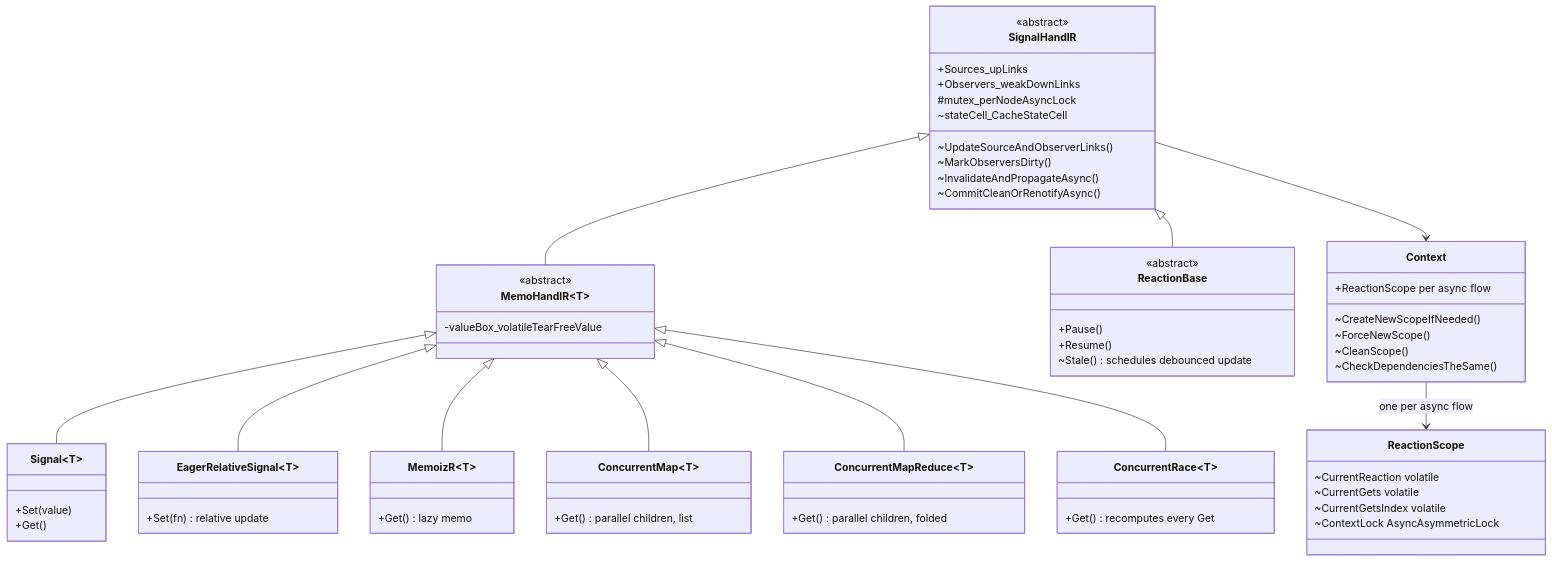
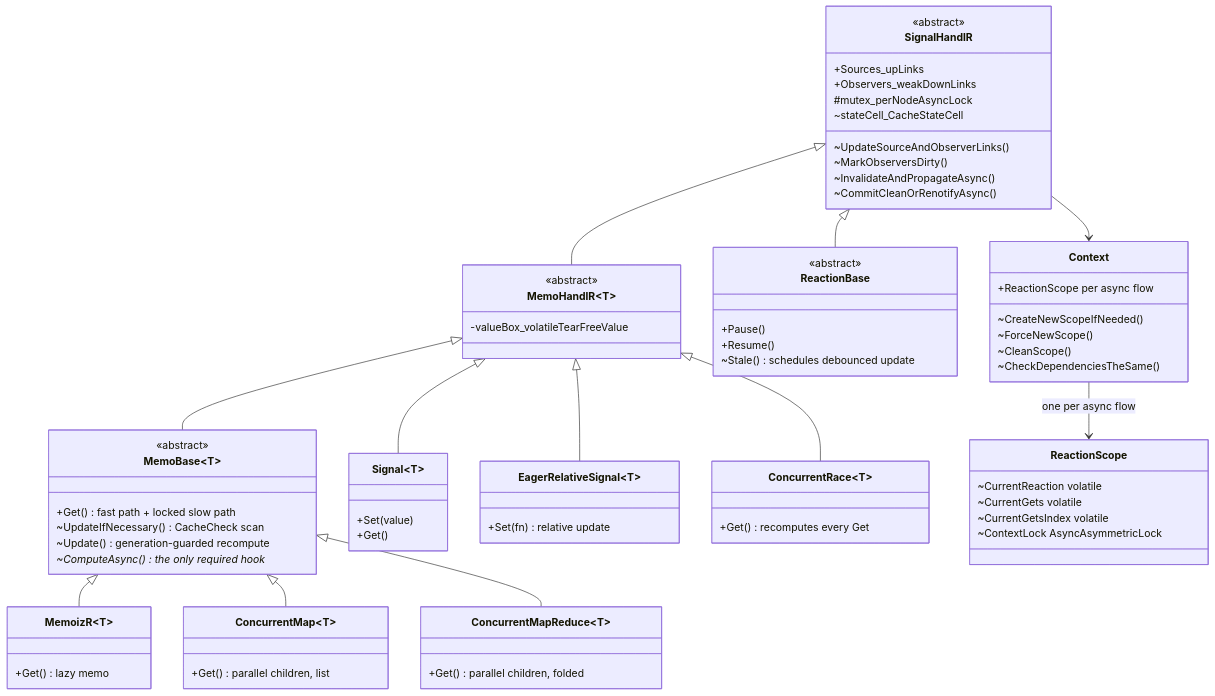
The first of 15 diagrams in docs/architecture/concurrency.md (timonkrebs/MemoizR), drawn with Mermaid before and after one commit. The commit also changed 21 other files, not shown here.

````diff
--- a/docs/architecture/concurrency.md
+++ b/docs/architecture/concurrency.md
@@ -22,68 +22,76 @@
 ```mermaid
 classDiagram
     direction TB
     class SignalHandlR {
         <<abstract>>
         +Sources_upLinks
         +Observers_weakDownLinks
         #mutex_perNodeAsyncLock
         ~stateCell_CacheStateCell
         ~UpdateSourceAndObserverLinks()
         ~MarkObserversDirty()
         ~InvalidateAndPropagateAsync()
         ~CommitCleanOrRenotifyAsync()
     }
     class MemoHandlR~T~ {
         <<abstract>>
         -valueBox_volatileTearFreeValue
+    }
+    class MemoBase~T~ {
+        <<abstract>>
+        +Get() fast path + locked slow path
+        ~UpdateIfNecessary() CacheCheck scan
+        ~Update() generation-guarded recompute
+        ~ComputeAsync()* the only required hook
     }
     class Signal~T~ {
         +Set(value)
         +Get()
     }
     class EagerRelativeSignal~T~ {
         +Set(fn) relative update
     }
     class MemoizR~T~ {
         +Get() lazy memo
     }
     class ConcurrentMap~T~ {
         +Get() parallel children, list
     }
     class ConcurrentMapReduce~T~ {
         +Get() parallel children, folded
     }
     class ConcurrentRace~T~ {
         +Get() recomputes every Get
     }
     class ReactionBase {
         <<abstract>>
         +Pause()
         +Resume()
         ~Stale() schedules debounced update
     }
     class Context {
         +ReactionScope per async flow
         ~CreateNewScopeIfNeeded()
         ~ForceNewScope()
         ~CleanScope()
         ~CheckDependenciesTheSame()
     }
     class ReactionScope {
         ~CurrentReaction volatile
         ~CurrentGets volatile
         ~CurrentGetsIndex volatile
         ~ContextLock AsyncAsymmetricLock
     }
 
     SignalHandlR <|-- MemoHandlR
     SignalHandlR <|-- ReactionBase
     MemoHandlR <|-- Signal
     MemoHandlR <|-- EagerRelativeSignal
-    MemoHandlR <|-- MemoizR
-    MemoHandlR <|-- ConcurrentMap
-    MemoHandlR <|-- ConcurrentMapReduce
+    MemoHandlR <|-- MemoBase
+    MemoBase <|-- MemoizR
+    MemoBase <|-- ConcurrentMap
+    MemoBase <|-- ConcurrentMapReduce
     MemoHandlR <|-- ConcurrentRace
     SignalHandlR --> Context
     Context --> ReactionScope : one per async flow
 ```
````
